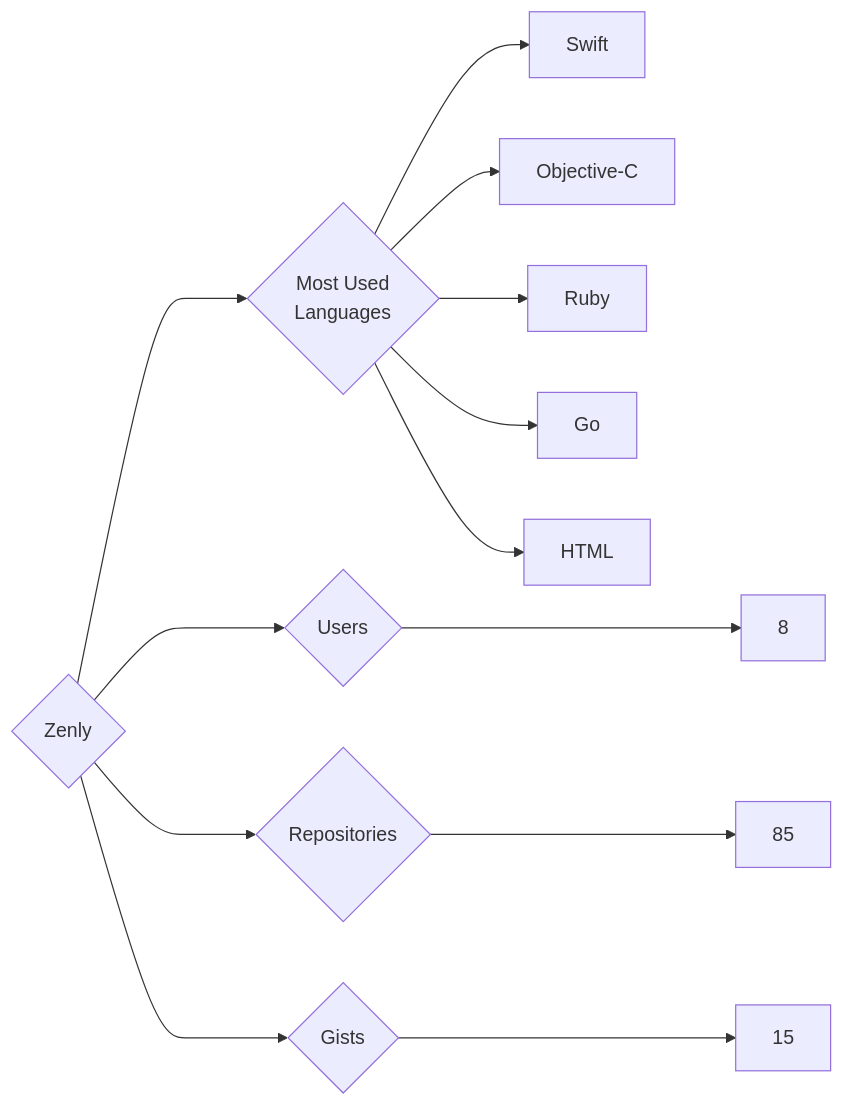
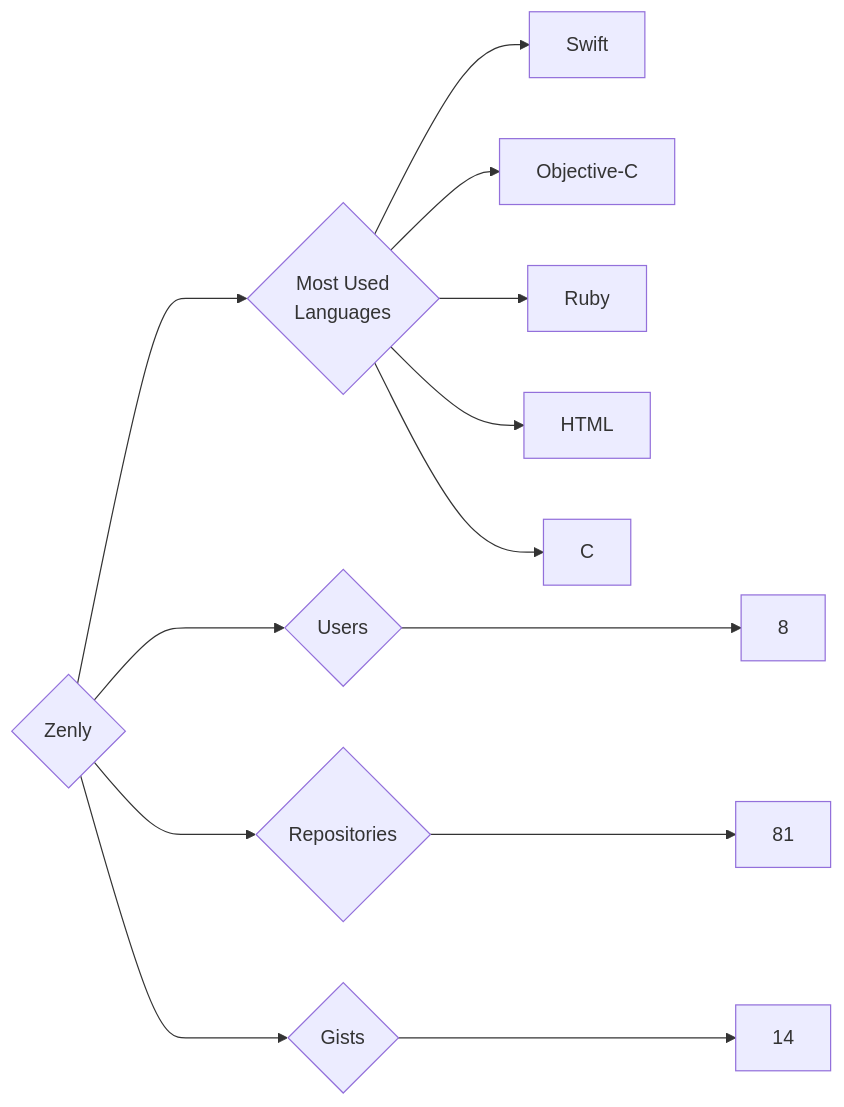
Before and after one commit to trickest/insiders: the diagram in targets/Zenly/README.md, drawn with Mermaid. The commit also changed 953 other files, not shown here.

````diff
--- a/targets/Zenly/README.md
+++ b/targets/Zenly/README.md
@@ -3,13 +3,13 @@
 ```mermaid
 graph LR
 COMPANY_NAME{Zenly}
 COMPANY_NAME ---> U{Users} ---> UN[8]
-COMPANY_NAME ---> R{Repositories} ---> RN[85]
-COMPANY_NAME ---> G{Gists} ---> GN[15]
+COMPANY_NAME ---> R{Repositories} ---> RN[81]
+COMPANY_NAME ---> G{Gists} ---> GN[14]
 COMPANY_NAME ---> ML{Most Used<br>Languages}
 ML --> Swift[Swift]
 ML --> Objective-C[Objective-C]
 ML --> Ruby[Ruby]
-ML --> Go[Go]
 ML --> HTML[HTML]
+ML --> C[C]
 ```
````
